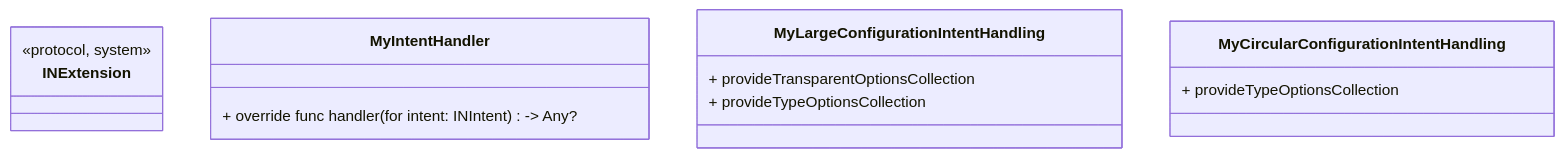
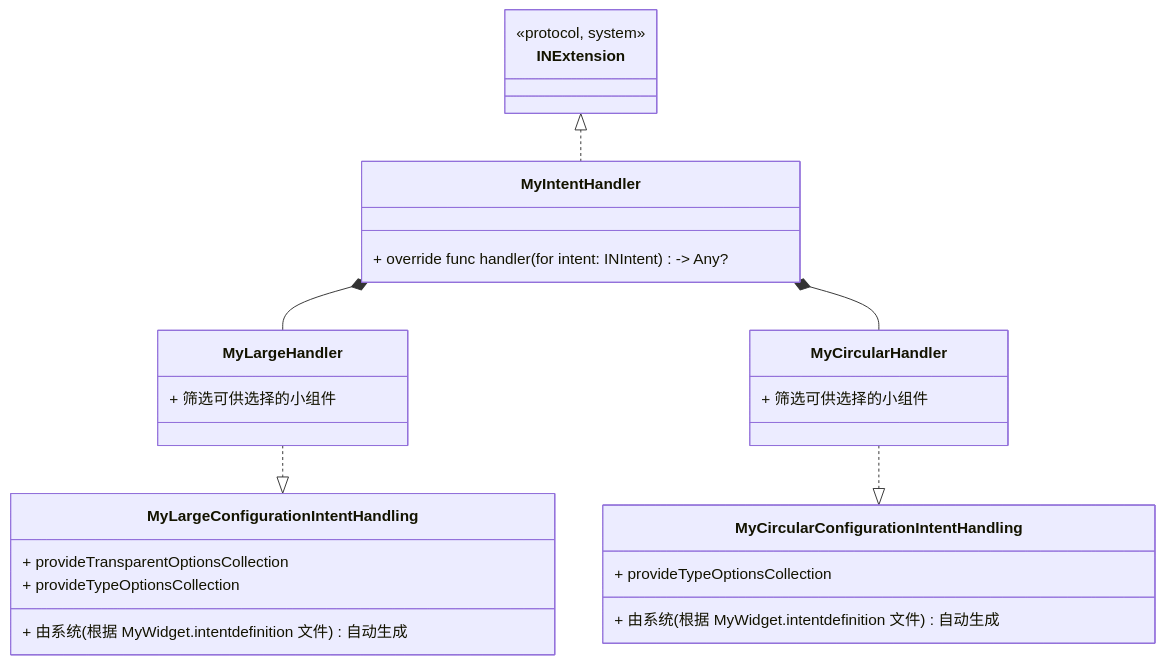
The third of 3 diagrams in blog_raw/blog/platform/macos_utils.md (joyous-x/blog), drawn with Mermaid before and after one commit. The commit also changed other lines of this file and 1 other file, not shown here.

Commit message:
fix: update blogs

````diff
--- a/blog_raw/blog/platform/macos_utils.md
+++ b/blog_raw/blog/platform/macos_utils.md
@@ -266,21 +266,38 @@
 ```mermaid 
 classDiagram
 
 class INExtension {
   <<protocol, system>>
 
 }
 
 class MyIntentHandler {
   + override func handler(for intent: INIntent) -> Any?
 }
 
+class MyLargeHandler {
+  + 筛选可供选择的小组件
+}
+
+class MyCircularHandler {
+  + 筛选可供选择的小组件
+}
+
 class MyLargeConfigurationIntentHandling {
+  + 由系统(根据 MyWidget.intentdefinition 文件)自动生成
   + provideTransparentOptionsCollection
   + provideTypeOptionsCollection
 }
 
 class MyCircularConfigurationIntentHandling {
+  + 由系统(根据 MyWidget.intentdefinition 文件)自动生成
   + provideTypeOptionsCollection
 }
+
+INExtension <|.. MyIntentHandler
+MyIntentHandler *-- MyLargeHandler
+MyIntentHandler *-- MyCircularHandler
+
+MyLargeHandler ..|> MyLargeConfigurationIntentHandling
+MyCircularHandler ..|> MyCircularConfigurationIntentHandling
 ```
````
